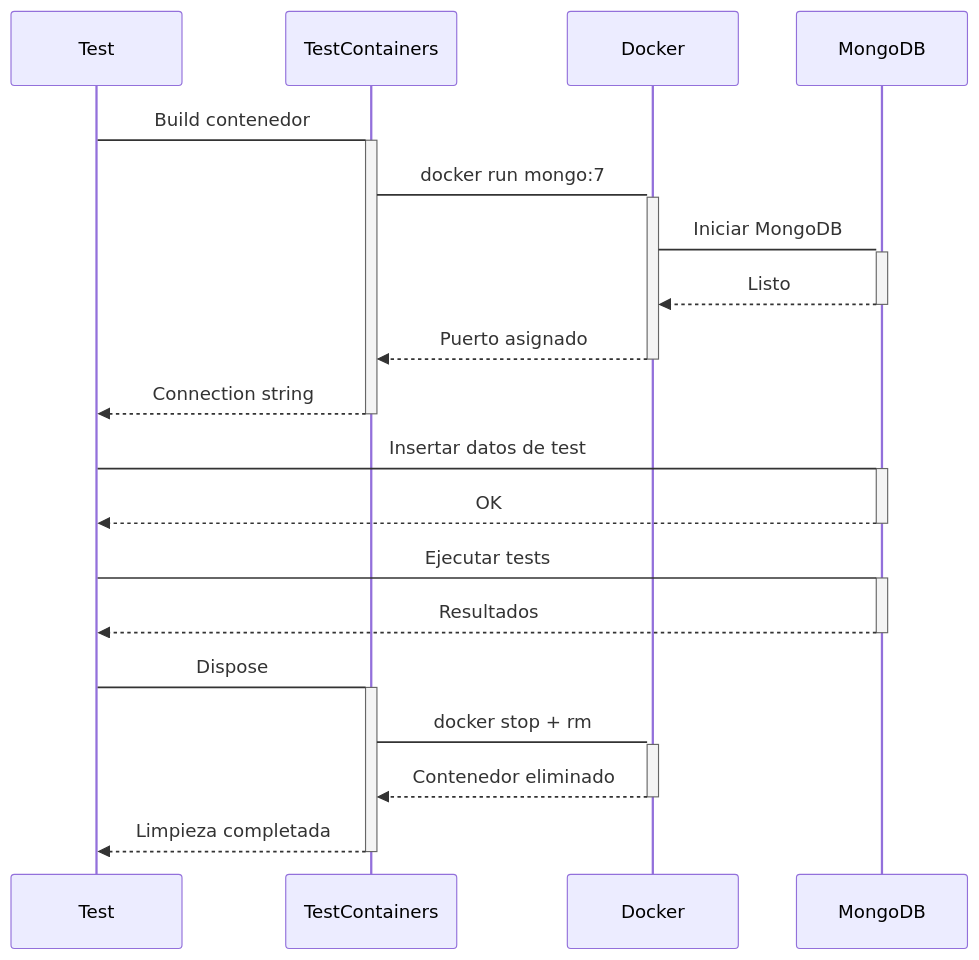
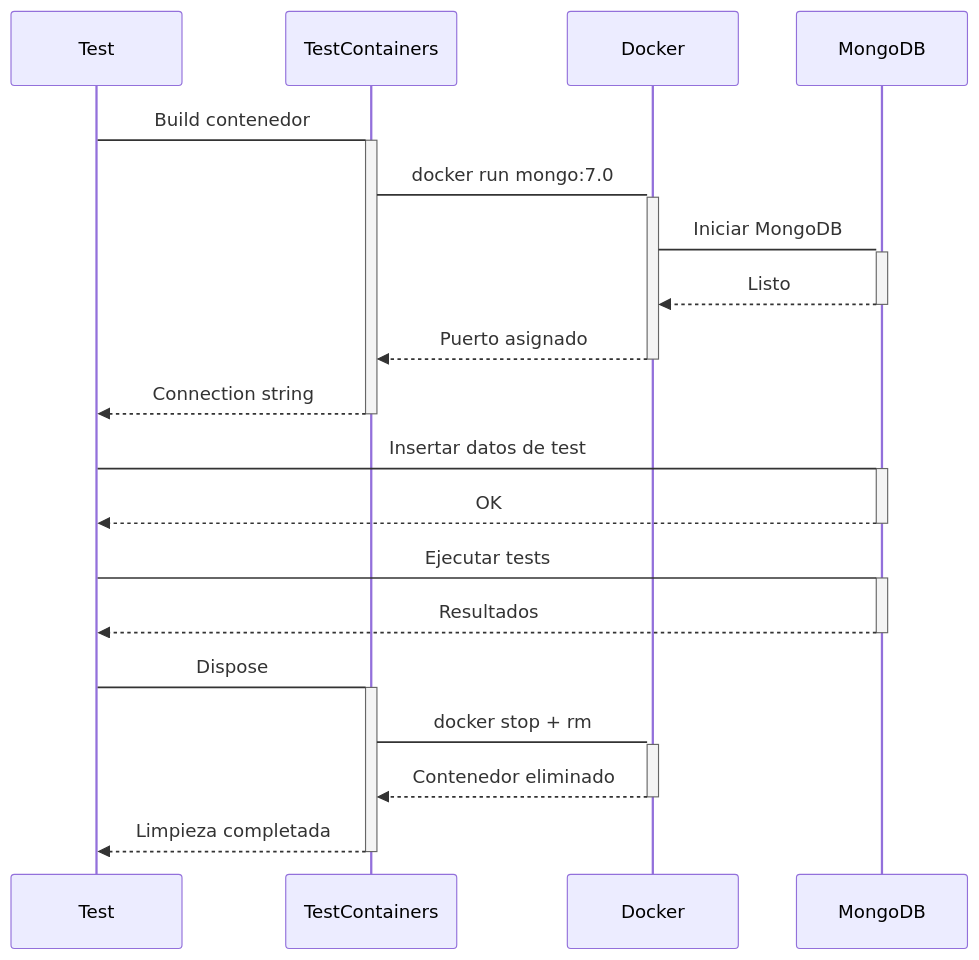
One commit to joseluisgs/DesarrolloWebEntornosServidor-02-2026-2027 changed the sixth of 7 diagrams in 13-mongodb.md. Above: the diagram before and after it, drawn with Mermaid. The commit also changed other lines of this file and 13 other files, not shown here.

````diff
--- a/13-mongodb.md
+++ b/13-mongodb.md
@@ -1090,25 +1090,25 @@
 ```mermaid
 sequenceDiagram
     participant T as Test
     participant TC as TestContainers
     participant D as Docker
     participant M as MongoDB
 
     T->+TC: Build contenedor
-    TC->+D: docker run mongo:7
+    TC->+D: docker run mongo:7.0
     D->+M: Iniciar MongoDB
     M-->>-D: Listo
     D-->>-TC: Puerto asignado
     TC-->>-T: Connection string
 
     T->+M: Insertar datos de test
     M-->>-T: OK
 
     T->+M: Ejecutar tests
     M-->>-T: Resultados
 
     T->+TC: Dispose
     TC->+D: docker stop + rm
     D-->>-TC: Contenedor eliminado
     TC-->>-T: Limpieza completada
 ```
````
